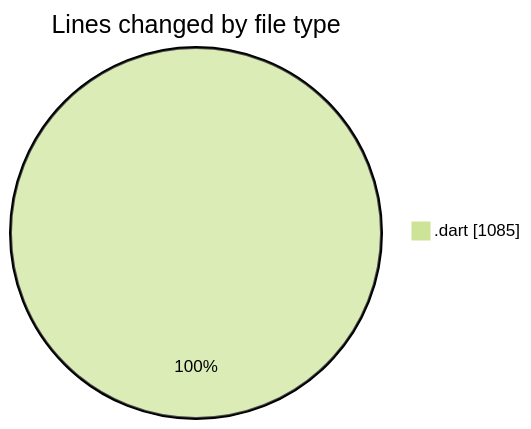
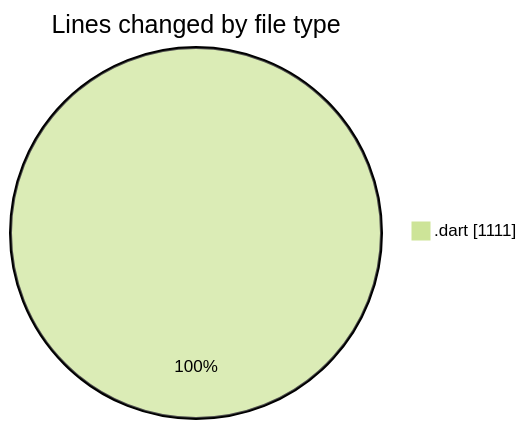
Before and after one commit to donsfak/code-tracking: the first of 2 diagrams in 2025-03-08/uber_clone/README.md, drawn with Mermaid (forest theme). The commit also changed other lines of this file and 1 other file, not shown here.

````diff
--- a/2025-03-08/uber_clone/README.md
+++ b/2025-03-08/uber_clone/README.md
@@ -21,5 +21,5 @@
 ```mermaid
 pie showData
 title Lines changed by file type
-".dart" : 1085
+".dart" : 1111
 ```
````
